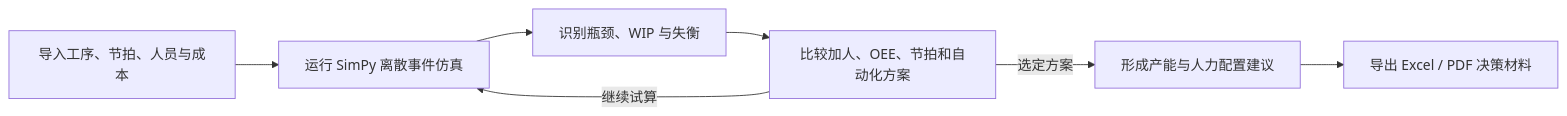
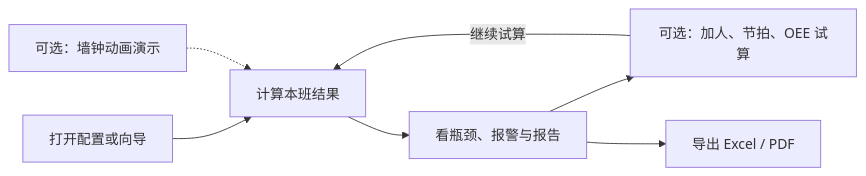
The diagram in README.md (MaxHou-infinity/puffline-planner), drawn with Mermaid before and after one commit. The commit also changed other lines of this file and 15 other files, not shown here.

```diff
--- a/README.md
+++ b/README.md
@@ -40,9 +44,9 @@
 ~~~mermaid
 flowchart LR
-    A["导入工序、节拍、人员与成本"] --> B["运行 SimPy 离散事件仿真"]
-    B --> C["识别瓶颈、WIP 与失衡"]
-    C --> D["比较加人、OEE、节拍和自动化方案"]
+    A["打开配置或向导"] --> B["计算本班结果"]
+    B --> C["看瓶颈、报警与报告"]
+    C --> D["可选：加人、节拍、OEE 试算"]
     D -->|继续试算| B
-    D -->|选定方案| E["形成产能与人力配置建议"]
-    E --> F["导出 Excel / PDF 决策材料"]
+    C --> F["导出 Excel / PDF"]
+    E["可选：墙钟动画演示"] -.-> B
 ~~~
```
